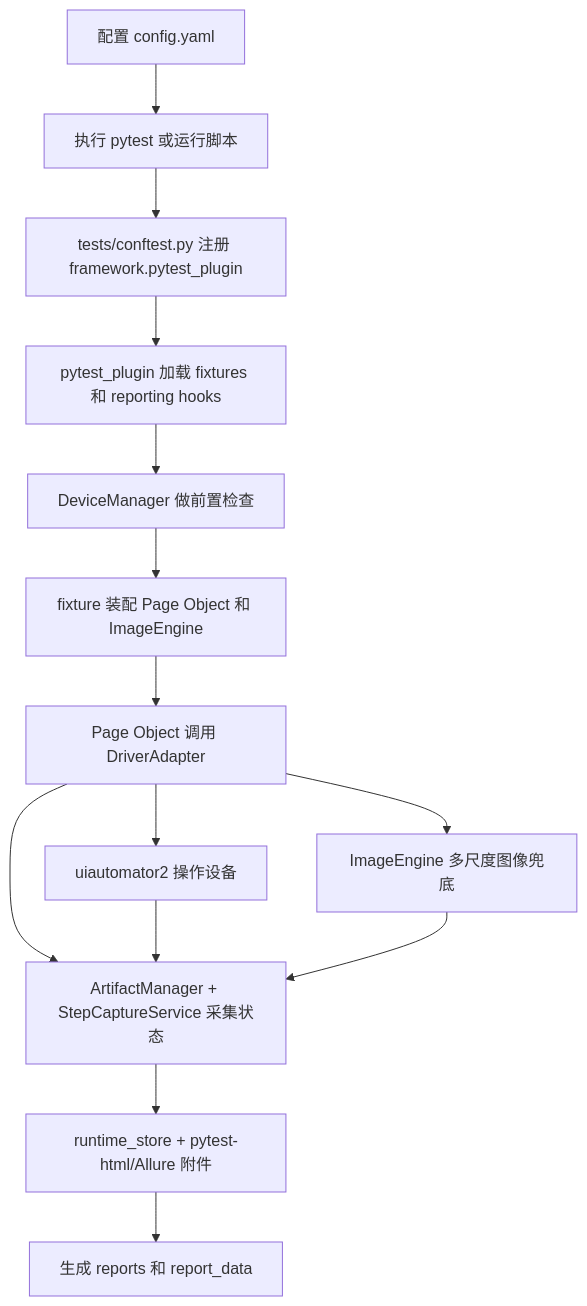
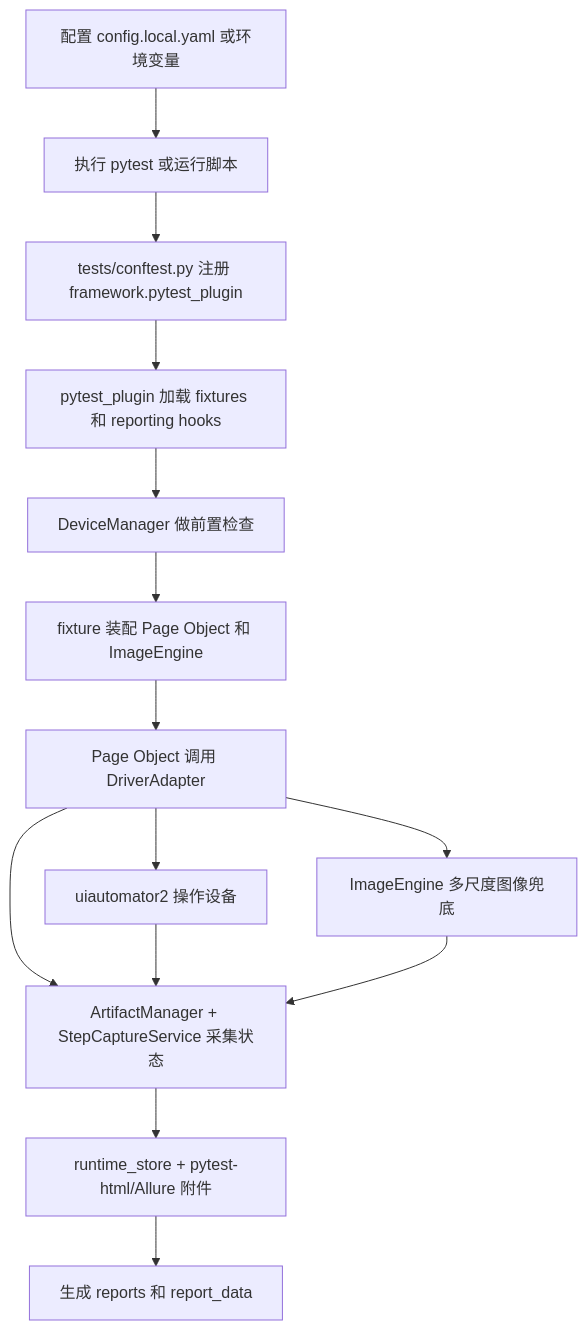
The diagram in README.md (leaveeeeeee/ai-android-ui-autotest-framework), drawn with Mermaid before and after one commit. The commit also changed other lines of this file and 37 other files, not shown here.

````diff
--- a/README.md
+++ b/README.md
@@ -46,16 +46,16 @@
 ```mermaid
 flowchart TD
-    A[配置 config.yaml] --> B[执行 pytest 或运行脚本]
+    A[配置 config.local.yaml 或环境变量] --> B[执行 pytest 或运行脚本]
     B --> C[tests/conftest.py 注册 framework.pytest_plugin]
     C --> D[pytest_plugin 加载 fixtures 和 reporting hooks]
     D --> E[DeviceManager 做前置检查]
     E --> F[fixture 装配 Page Object 和 ImageEngine]
     F --> G[Page Object 调用 DriverAdapter]
     G --> H[uiautomator2 操作设备]
     G --> I[ImageEngine 多尺度图像兜底]
     G --> J[ArtifactManager + StepCaptureService 采集状态]
     H --> J
     I --> J
     J --> K[runtime_store + pytest-html/Allure 附件]
     K --> L[生成 reports 和 report_data]
 ```
````
